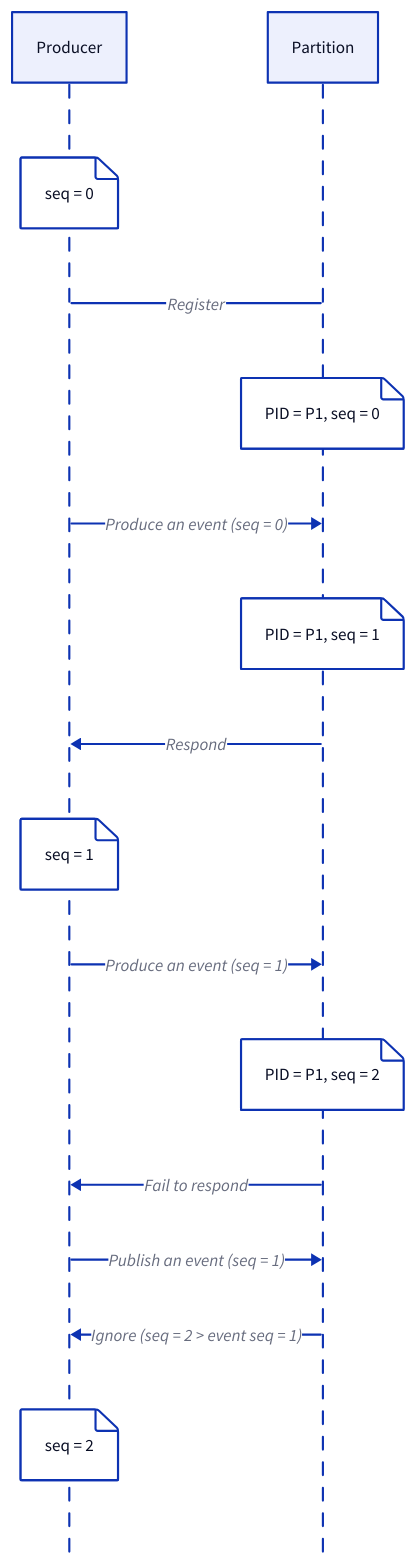
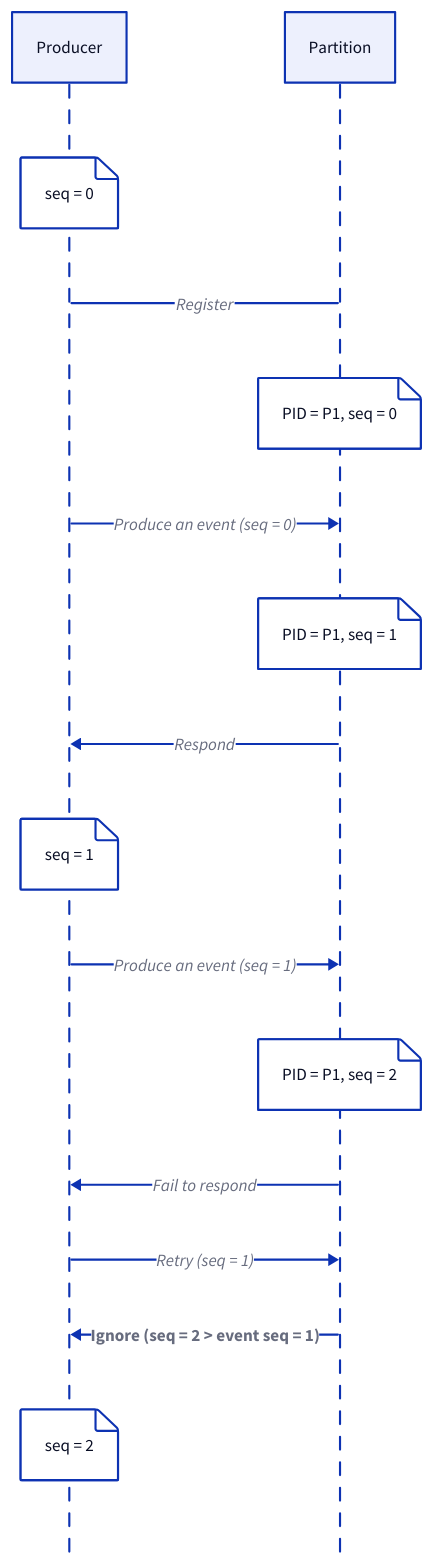
One commit to link1905/system-design-101 changed diagram 26 of 30 in content/docs/data-persistence/event-streaming-platform.md. Above: the diagram before and after it, drawn with D2. The commit also changed other lines of this file and 7 other files, not shown here.

````diff
--- a/content/docs/data-persistence/event-streaming-platform.md
+++ b/content/docs/data-persistence/event-streaming-platform.md
@@ -833,36 +795,38 @@
 ```d2
 shape: sequence_diagram
 p: Producer {
     class: server
 }
 sp: Partition {
     class: mq
 }
 p {
     "seq = 0"
 }
 p -- sp: Register
 sp {
     "PID = P1, seq = 0"
 }
 p -> sp: Produce an event (seq = 0)
 sp {
     "PID = P1, seq = 1"
 }
 sp -> p: Respond
 p {
     "seq = 1"
 }
 p -> sp: Produce an event (seq = 1)
 sp {
     "PID = P1, seq = 2"
 }
 sp -> p: Fail to respond {
     class: error-conn
 }
-p -> sp: Publish an event (seq = 1)
-sp -> p: Ignore (seq = 2 > event seq = 1)
+p -> sp: Retry (seq = 1)
+sp -> p: Ignore (seq = 2 > event seq = 1) {
+  style.bold: true
+}
 p {
-   "seq = 2" 
+   "seq = 2"
 }
 ```
````
